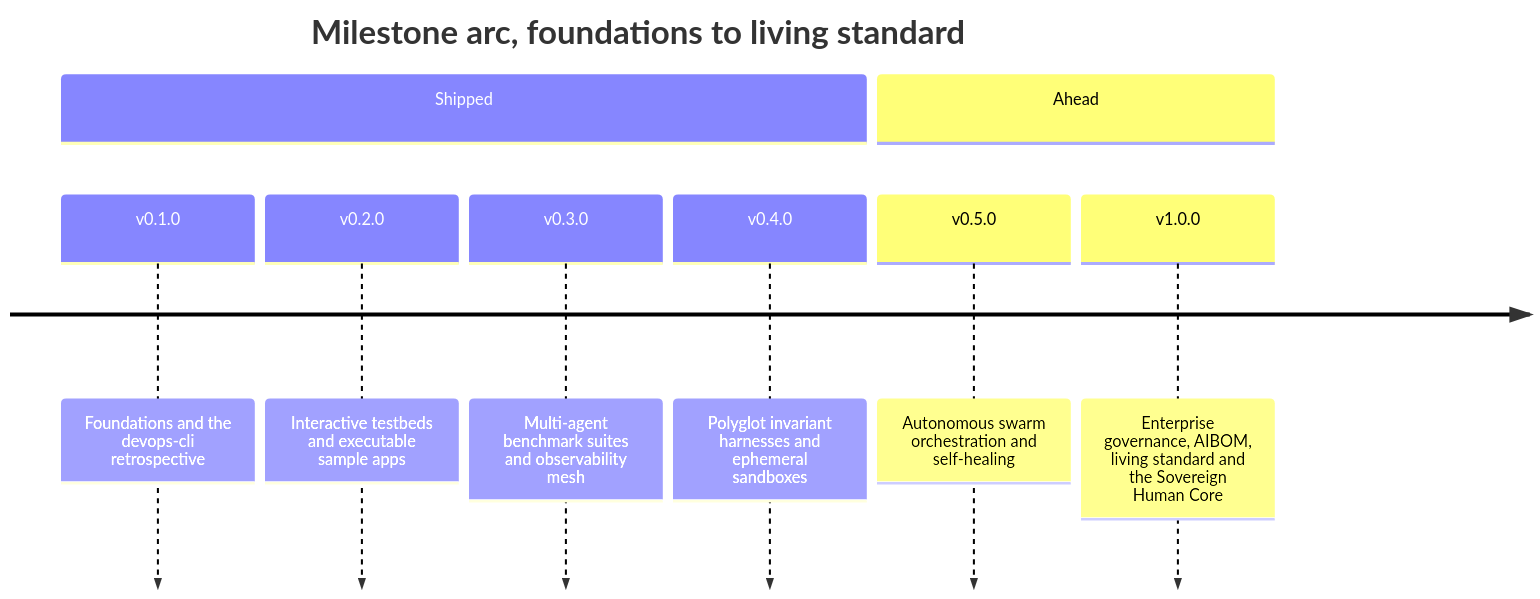
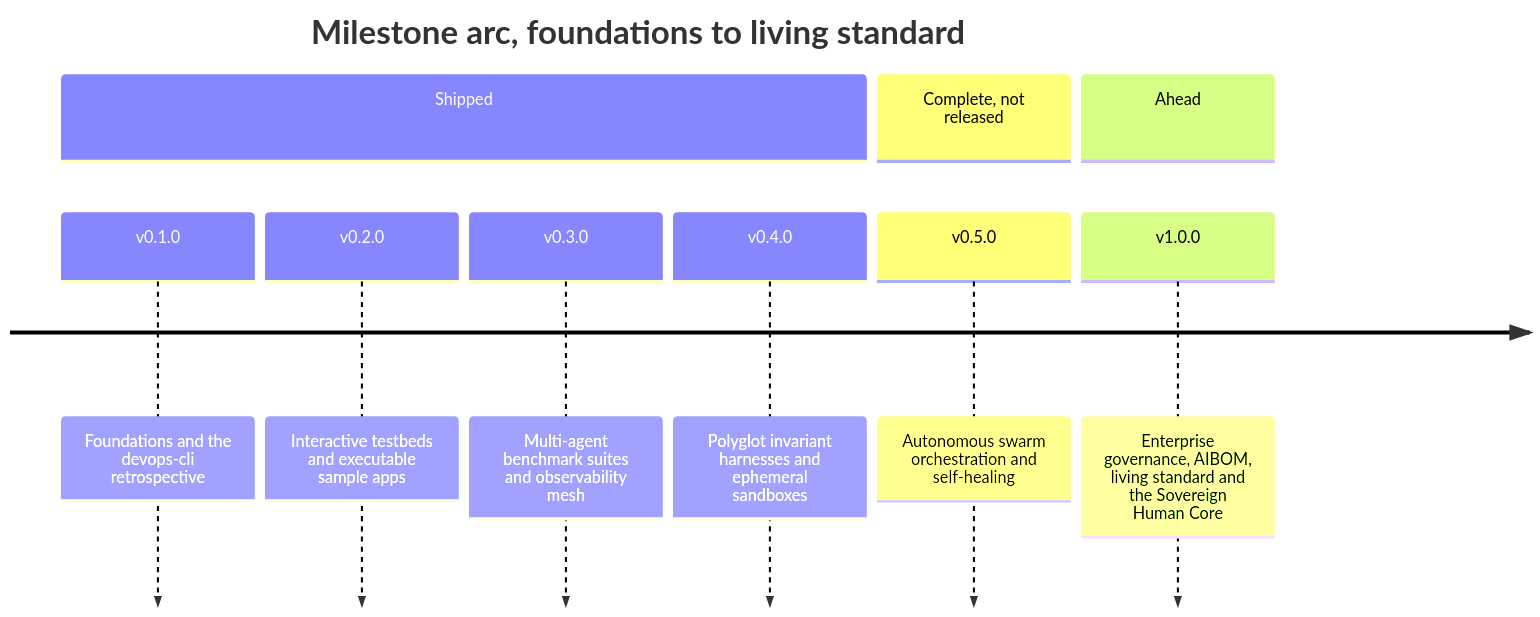
Before and after one commit to dan-petty/vibes: the first of 2 diagrams in docs/ROADMAP.md, drawn with Mermaid. The commit also changed other lines of this file and 3 other files, not shown here.

First line of the commit message:
docs: Route work to issues and fix roadmap status (#250)

````diff
--- a/docs/ROADMAP.md
+++ b/docs/ROADMAP.md
@@ -26,12 +29,13 @@
 ```mermaid
 timeline
     title Milestone arc, foundations to living standard
     section Shipped
         v0.1.0 : Foundations and the devops-cli retrospective
         v0.2.0 : Interactive testbeds and executable sample apps
         v0.3.0 : Multi-agent benchmark suites and observability mesh
         v0.4.0 : Polyglot invariant harnesses and ephemeral sandboxes
+    section Complete, not released
+        v0.5.0 : Autonomous swarm orchestration and self-healing
     section Ahead
-        v0.5.0 : Autonomous swarm orchestration and self-healing
         v1.0.0 : Enterprise governance, AIBOM, living standard and the Sovereign Human Core
 ```
````
